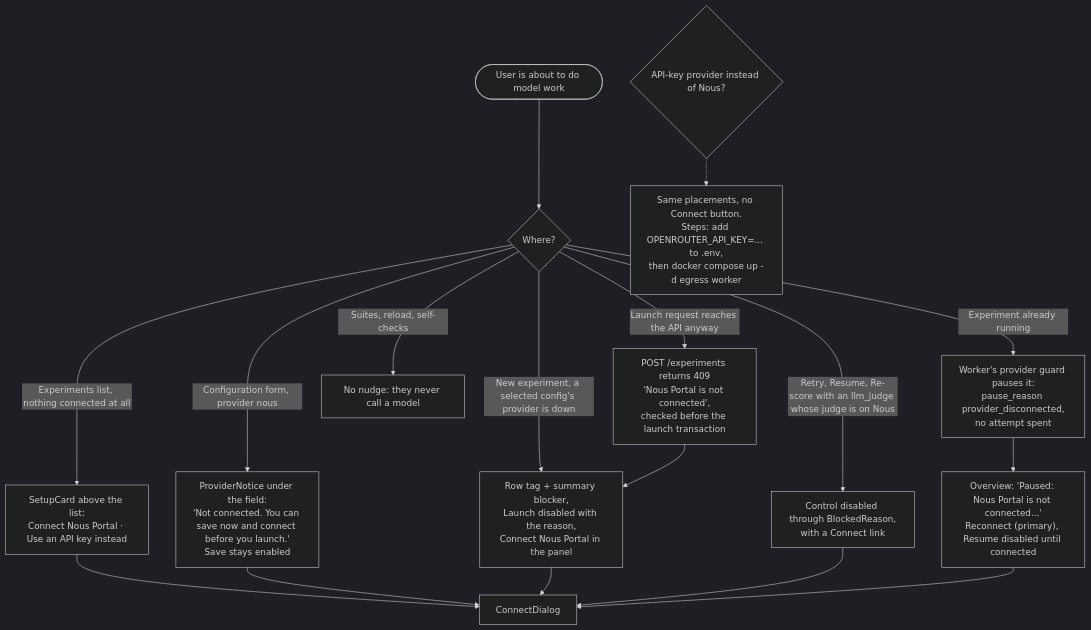
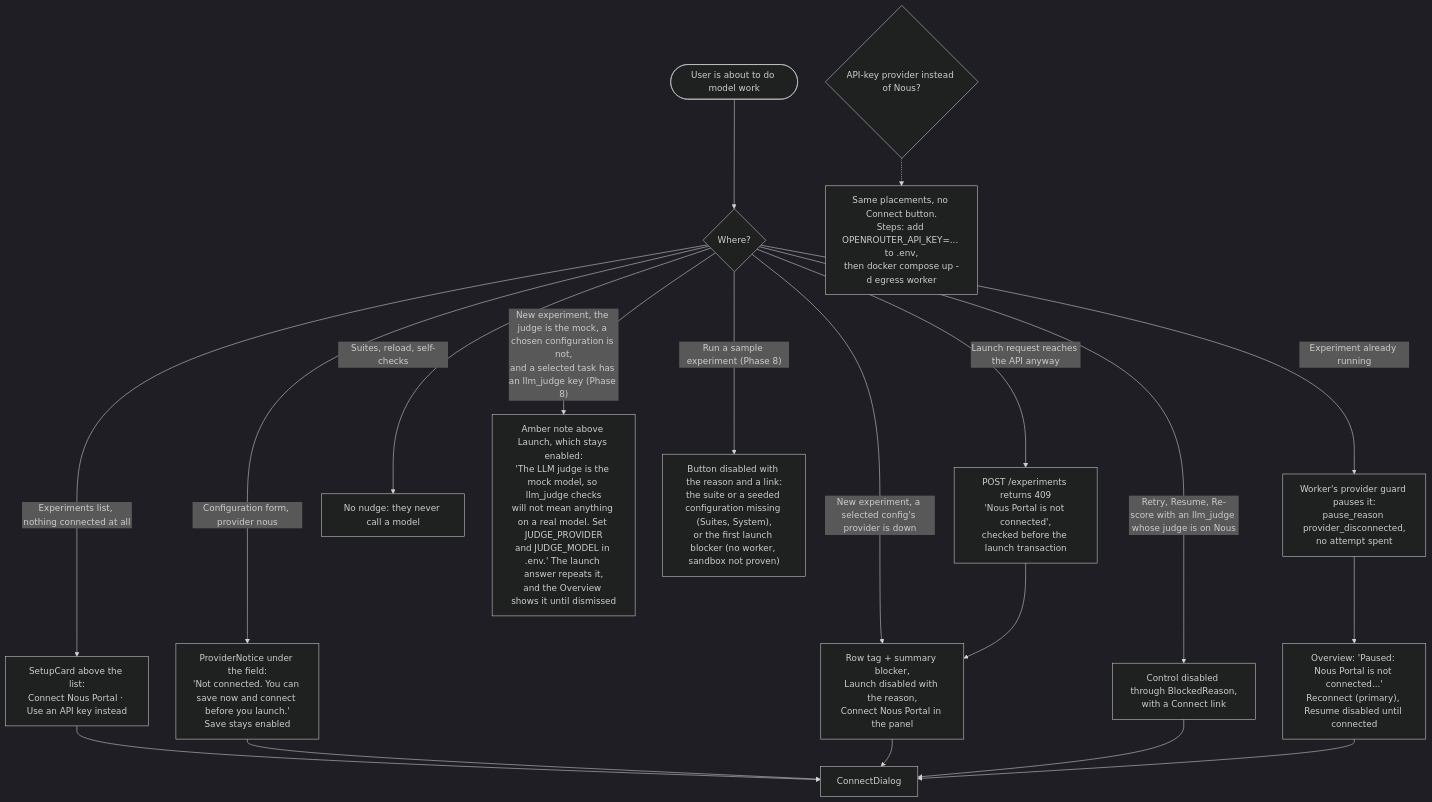
One commit to sasuke007/hermes-evals changed diagram 15 of 49 in UI_FLOWS.md. Above: the diagram before and after it, drawn with Mermaid (dark theme). The commit also changed other lines of this file and 146 other files, not shown here.

````diff
--- a/UI_FLOWS.md
+++ b/UI_FLOWS.md
@@ -503,22 +555,24 @@
 ```mermaid
 flowchart TD
   start(["User is about to do model work"]) --> where{"Where?"}
 
   where -- "Experiments list, nothing connected at all" --> SC["SetupCard above the list:<br/>Connect Nous Portal · Use an API key instead"]
   where -- "Configuration form, provider nous" --> PN["ProviderNotice under the field:<br/>'Not connected. You can save now and connect before you launch.'<br/>Save stays enabled"]
   where -- "New experiment, a selected config's provider is down" --> NE["Row tag + summary blocker,<br/>Launch disabled with the reason,<br/>Connect Nous Portal in the panel"]
   where -- "Launch request reaches the API anyway" --> L409["POST /experiments returns 409<br/>'Nous Portal is not connected',<br/>checked before the launch transaction"]
   where -- "Retry, Resume, Re-score with an llm_judge whose judge is on Nous" --> BR["Control disabled through BlockedReason,<br/>with a Connect link"]
   where -- "Experiment already running" --> PG["Worker's provider guard pauses it:<br/>pause_reason provider_disconnected,<br/>no attempt spent"]
   where -- "Suites, reload, self-checks" --> NO["No nudge: they never call a model"]
+  where -- "New experiment, the judge is the mock, a chosen configuration is not,<br/>and a selected task has an llm_judge key (Phase 8)" --> JW["Amber note above Launch, which stays enabled:<br/>'The LLM judge is the mock model, so llm_judge checks<br/>will not mean anything on a real model. Set JUDGE_PROVIDER<br/>and JUDGE_MODEL in .env.' The launch answer repeats it,<br/>and the Overview shows it until dismissed"]
+  where -- "Run a sample experiment (Phase 8)" --> SX["Button disabled with the reason and a link:<br/>the suite or a seeded configuration missing (Suites, System),<br/>or the first launch blocker (no worker, sandbox not proven)"]
 
   SC --> CD["ConnectDialog"]
   PN --> CD
   NE --> CD
   L409 --> NE
   BR --> CD
   PG --> RC["Overview: 'Paused: Nous Portal is not connected...'<br/>Reconnect (primary), Resume disabled until connected"]
   RC --> CD
 
   KEY{"API-key provider instead of Nous?"} -.-> STEPS["Same placements, no Connect button.<br/>Steps: add OPENROUTER_API_KEY=... to .env,<br/>then docker compose up -d egress worker"]
 ```
````
